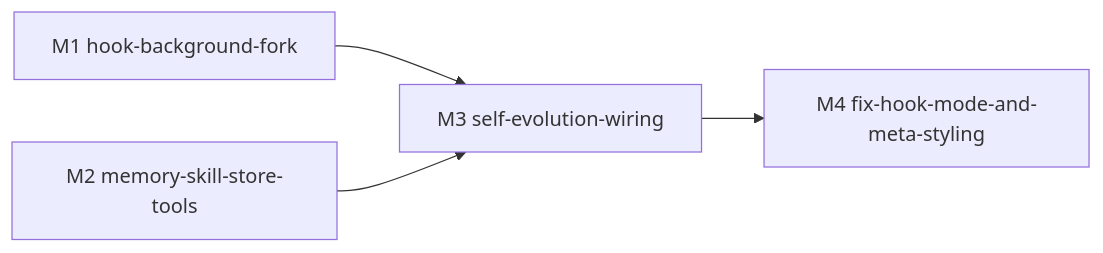
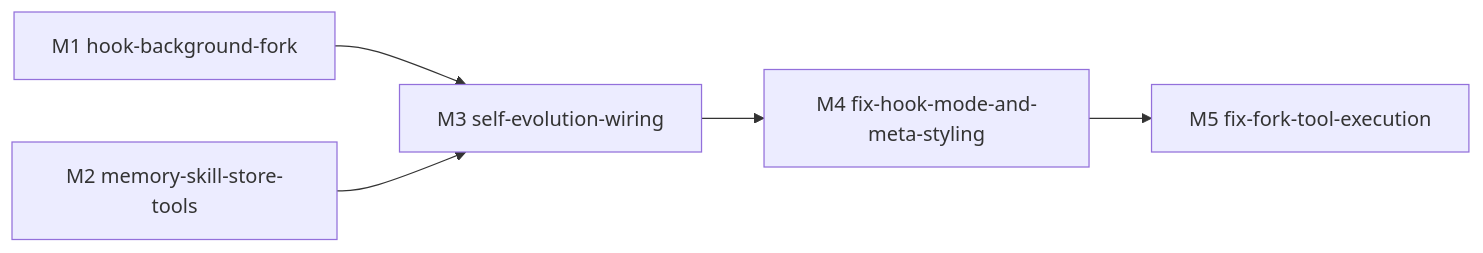
One commit to Mrchen116/nano-multiagent changed the second of 2 diagrams in docs/changes/feat-349-self-evolving-skills-memory/design.md. Above: the diagram before and after it, drawn with Mermaid. The commit also changed other lines of this file, not shown here.

First line of the commit message:
design(feat-349): 立 M5 fix milestone — fork loop round 1 后未进 round 2,工具未执行,文件未落盘

````diff
--- a/docs/changes/feat-349-self-evolving-skills-memory/design.md
+++ b/docs/changes/feat-349-self-evolving-skills-memory/design.md
@@ -367,6 +368,7 @@
 ```mermaid
 graph LR
   M1[M1 hook-background-fork] --> M3[M3 self-evolution-wiring]
   M2[M2 memory-skill-store-tools] --> M3
   M3 --> M4[M4 fix-hook-mode-and-meta-styling]
+  M4 --> M5[M5 fix-fork-tool-execution]
 ```
````
